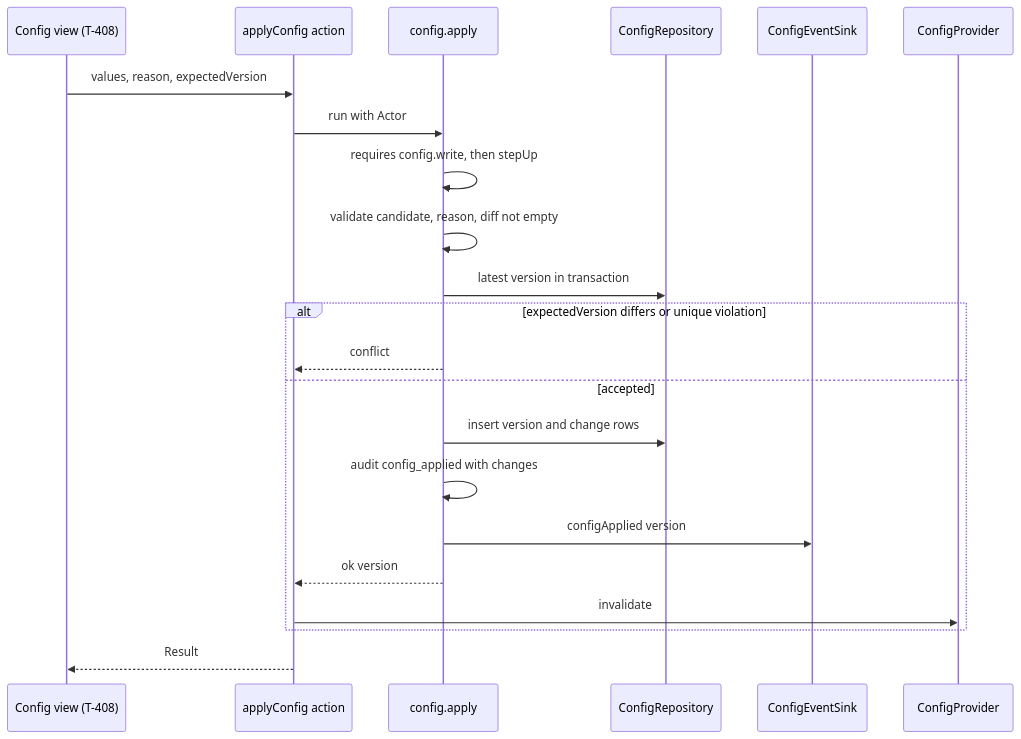
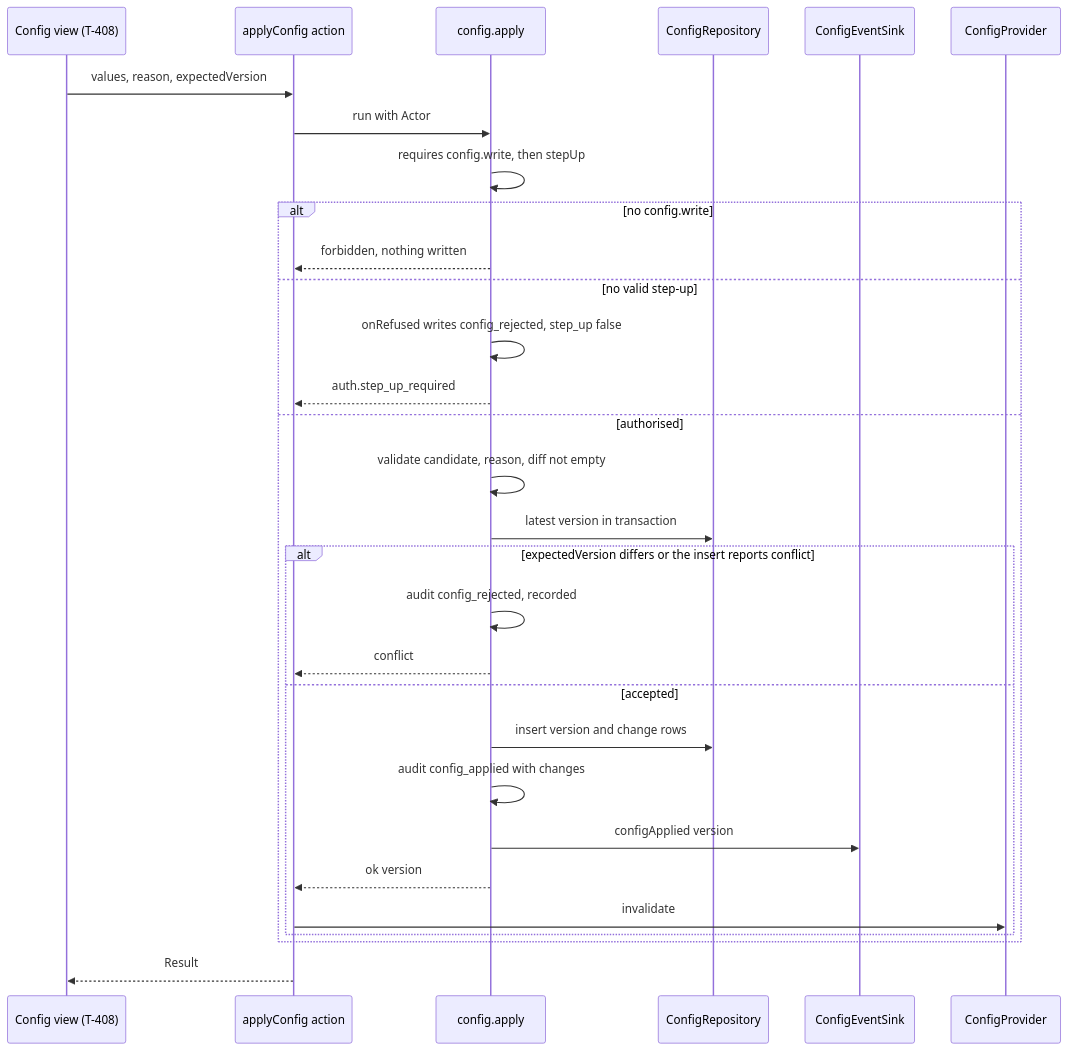
The first of 2 diagrams in docs/aidlc-migration/design-drafts/t-105-runtime-configuration/functional-spec.md (Md-Alamin-BS/RogiKotha), drawn with Mermaid before and after one commit. The commit also changed other lines of this file and 133 other files, not shown here.

````diff
--- a/docs/aidlc-migration/design-drafts/t-105-runtime-configuration/functional-spec.md
+++ b/docs/aidlc-migration/design-drafts/t-105-runtime-configuration/functional-spec.md
@@ -65,24 +131,32 @@
 ```mermaid
 sequenceDiagram
     participant UI as Config view (T-408)
     participant A as applyConfig action
     participant C as config.apply
     participant R as ConfigRepository
     participant S as ConfigEventSink
     participant P as ConfigProvider
     UI->>A: values, reason, expectedVersion
     A->>C: run with Actor
     C->>C: requires config.write, then stepUp
-    C->>C: validate candidate, reason, diff not empty
-    C->>R: latest version in transaction
-    alt expectedVersion differs or unique violation
-        C-->>A: conflict
-    else accepted
-        C->>R: insert version and change rows
-        C->>C: audit config_applied with changes
-        C->>S: configApplied version
-        C-->>A: ok version
-        A->>P: invalidate
+    alt no config.write
+        C-->>A: forbidden, nothing written
+    else no valid step-up
+        C->>C: onRefused writes config_rejected, step_up false
+        C-->>A: auth.step_up_required
+    else authorised
+        C->>C: validate candidate, reason, diff not empty
+        C->>R: latest version in transaction
+        alt expectedVersion differs or the insert reports conflict
+            C->>C: audit config_rejected, recorded
+            C-->>A: conflict
+        else accepted
+            C->>R: insert version and change rows
+            C->>C: audit config_applied with changes
+            C->>S: configApplied version
+            C-->>A: ok version
+            A->>P: invalidate
+        end
     end
     A-->>UI: Result
 ```
````
